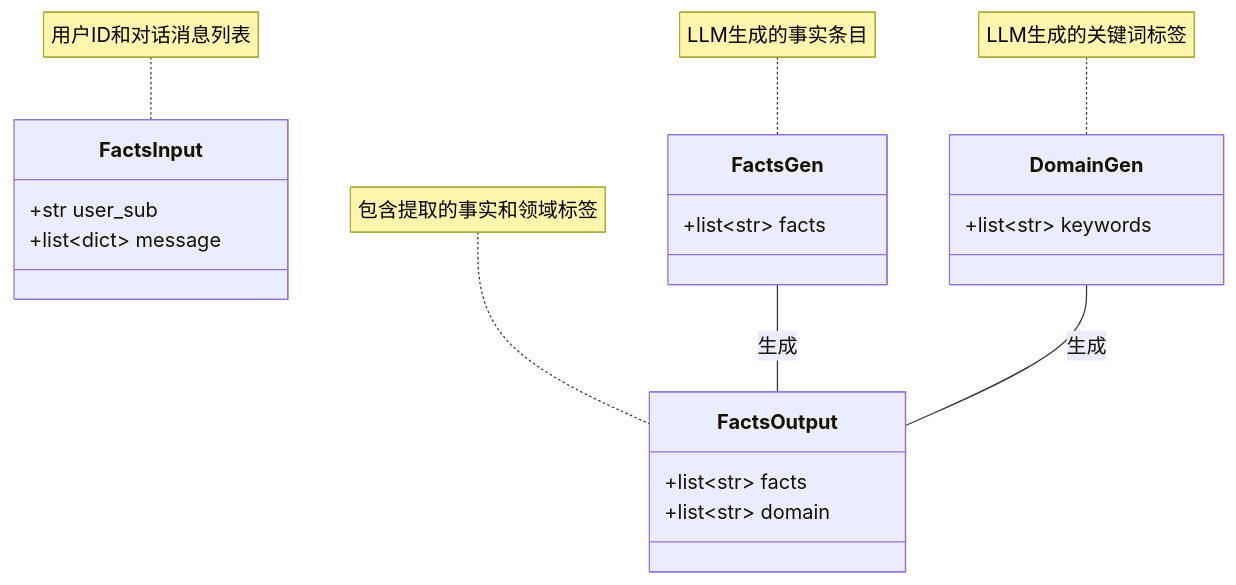
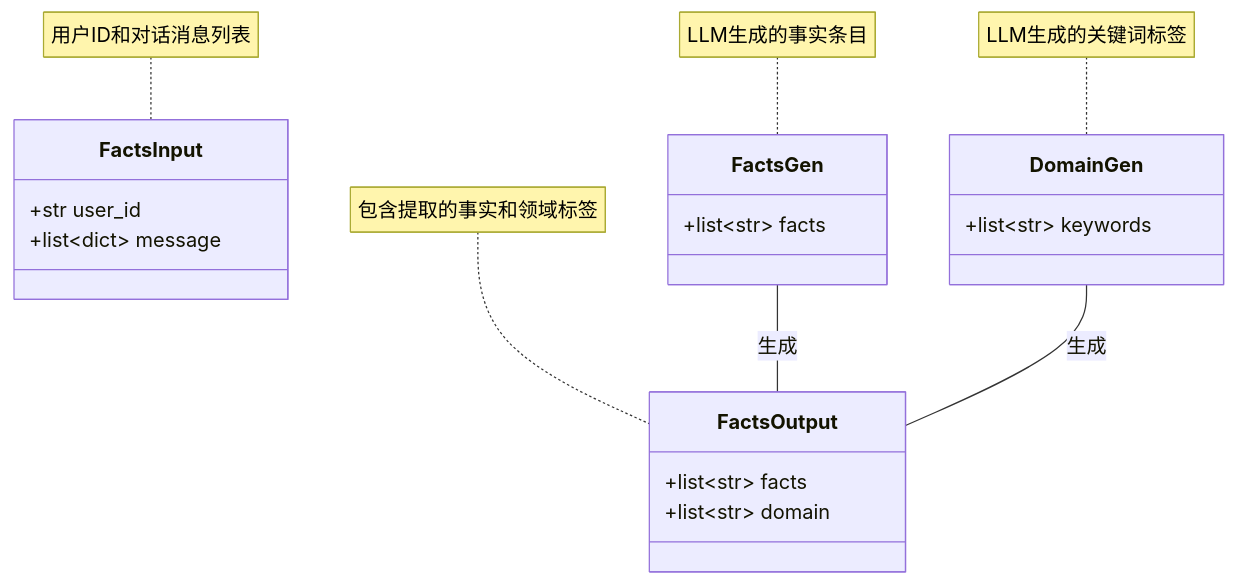
The second of 6 diagrams in design/call/facts.md (openeuler-mirror/euler-copilot-framework), drawn with Mermaid before and after one commit. The commit also changed other lines of this file and 18 other files, not shown here.

````diff
--- a/design/call/facts.md
+++ b/design/call/facts.md
@@ -56,28 +56,28 @@
 ```mermaid
 classDiagram
     class FactsInput {
-        +str user_sub
+        +str user_id
         +list~dict~ message
     }
 
     class FactsOutput {
         +list~str~ facts
         +list~str~ domain
     }
 
     class FactsGen {
         +list~str~ facts
     }
 
     class DomainGen {
         +list~str~ keywords
     }
 
     FactsGen -- FactsOutput : 生成
     DomainGen -- FactsOutput : 生成
 
     note for FactsInput "用户ID和对话消息列表"
     note for FactsOutput "包含提取的事实和领域标签"
     note for FactsGen "LLM生成的事实条目"
     note for DomainGen "LLM生成的关键词标签"
 ```
````
